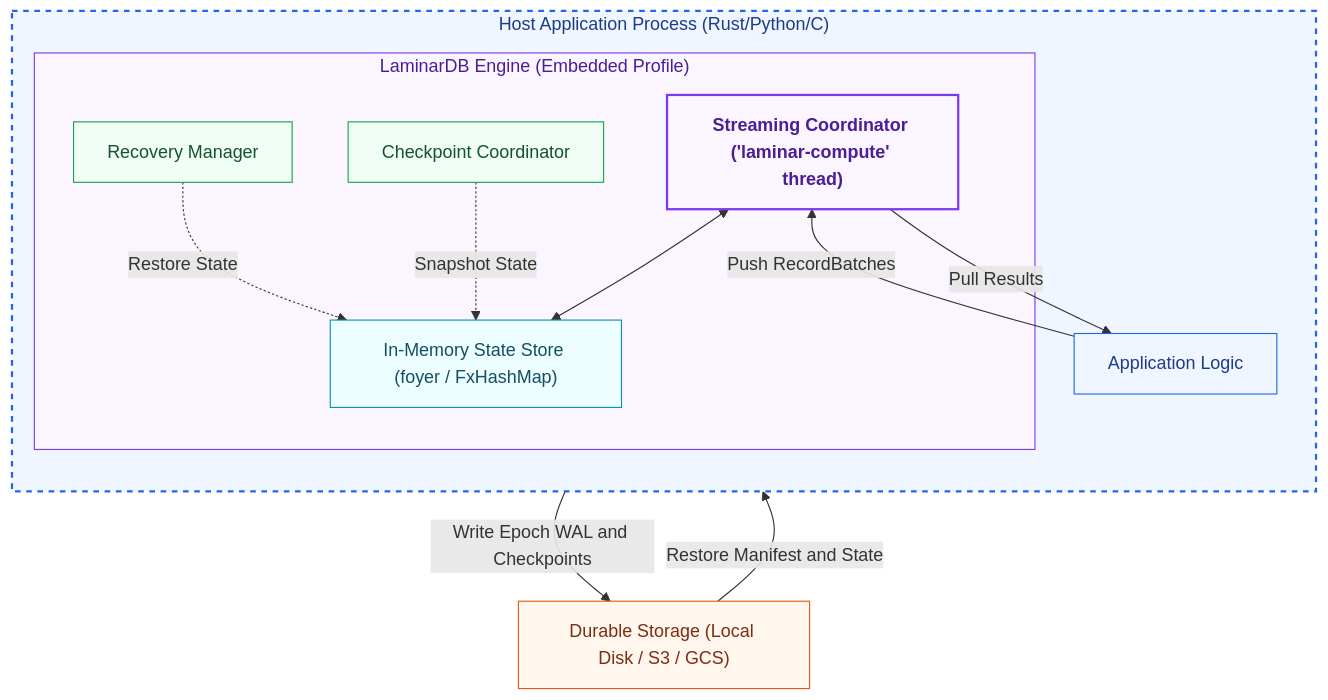
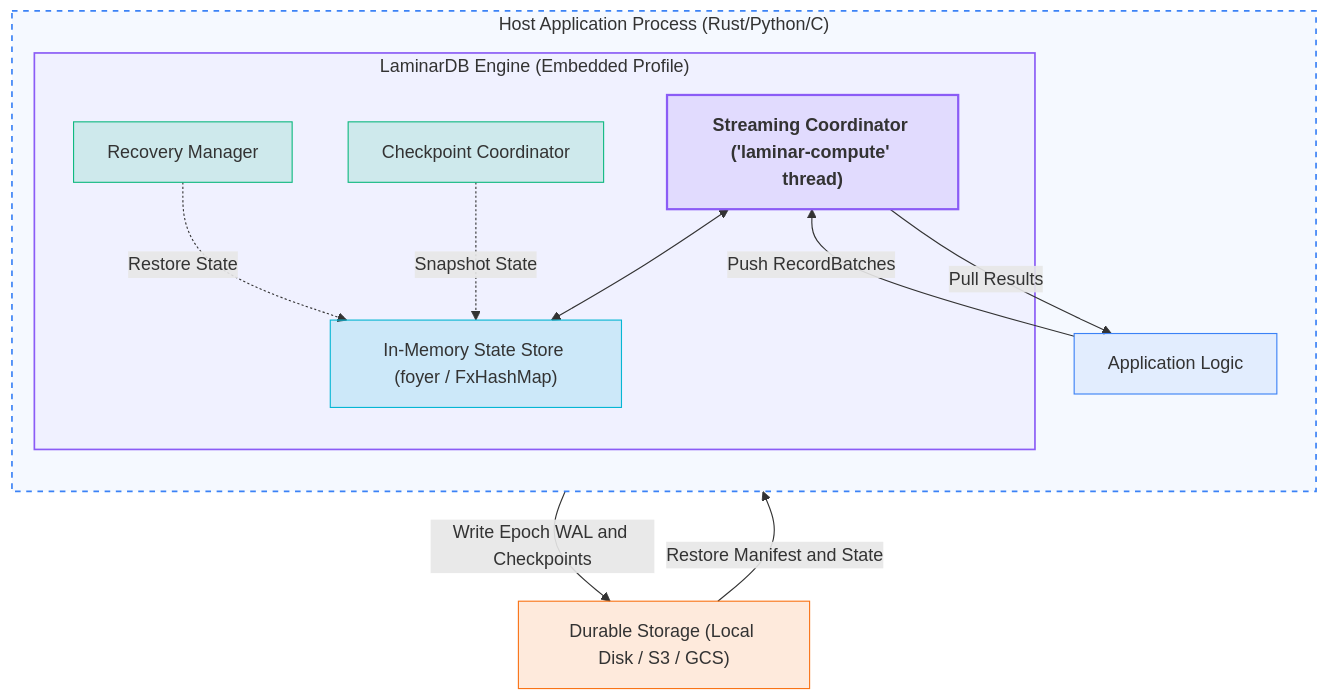
The second of 5 diagrams in README.md (laminardb/laminardb), drawn with Mermaid before and after one commit. The commit also changed other lines of this file, not shown here.

Commit message:
docs: update README architecture diagrams to be dynamically theme-aware

````diff
--- a/README.md
+++ b/README.md
@@ -483,30 +483,30 @@
 ```mermaid
 graph TD
-    classDef appClass fill:#eff6ff,stroke:#2563eb,stroke-width:1px,color:#1e3a8a;
-    classDef coordClass fill:#faf5ff,stroke:#7c3aed,stroke-width:2px,color:#4c1d95,font-weight:bold;
-    classDef stateClass fill:#ecfeff,stroke:#0891b2,stroke-width:1px,color:#164e63;
-    classDef recoveryClass fill:#f0fdf4,stroke:#16a34a,stroke-width:1px,color:#14532d;
-    classDef storageClass fill:#fff7ed,stroke:#ea580c,stroke-width:1px,color:#7c2d12;
+    classDef appClass fill:#3b82f6,fill-opacity:0.1,stroke:#3b82f6,stroke-width:1px;
+    classDef coordClass fill:#8b5cf6,fill-opacity:0.15,stroke:#8b5cf6,stroke-width:2px,font-weight:bold;
+    classDef stateClass fill:#06b6d4,fill-opacity:0.15,stroke:#06b6d4,stroke-width:1px;
+    classDef recoveryClass fill:#10b981,fill-opacity:0.15,stroke:#10b981,stroke-width:1px;
+    classDef storageClass fill:#f97316,fill-opacity:0.15,stroke:#f97316,stroke-width:1px;
 
     subgraph HostApp["Host Application Process (Rust/Python/C)"]
         direction TB
         App["Application Logic"]:::appClass
         subgraph Engine["LaminarDB Engine (Embedded Profile)"]
             Coord["Streaming Coordinator ('laminar-compute' thread)"]:::coordClass
             InMemState["In-Memory State Store (foyer / FxHashMap)"]:::stateClass
             Checkpoint["Checkpoint Coordinator"]:::recoveryClass
             Recovery["Recovery Manager"]:::recoveryClass
             
             Coord <--> InMemState
             Checkpoint -.->|"Snapshot State"| InMemState
             Recovery -.->|"Restore State"| InMemState
         end
         App -->|"Push RecordBatches"| Coord
         Coord -->|"Pull Results"| App
     end
     Checkpoint -->|"Write Epoch WAL and Checkpoints"| Storage["Durable Storage (Local Disk / S3 / GCS)"]:::storageClass
     Storage -->|"Restore Manifest and State"| Recovery
     
-    style HostApp fill:#eff6ff,stroke:#2563eb,stroke-width:2px,stroke-dasharray: 5 5,color:#1e3a8a
-    style Engine fill:#faf5ff,stroke:#7c3aed,color:#4c1d95
+    style HostApp fill:#3b82f6,fill-opacity:0.05,stroke:#3b82f6,stroke-width:1.5px,stroke-dasharray: 5 5
+    style Engine fill:#8b5cf6,fill-opacity:0.05,stroke:#8b5cf6,stroke-width:1.5px
 ```
````
